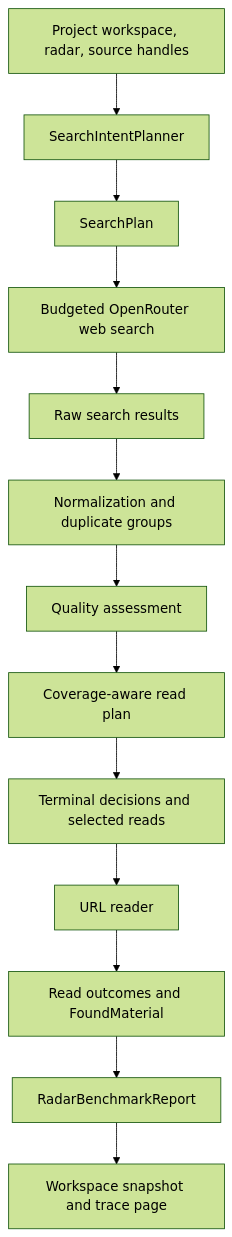
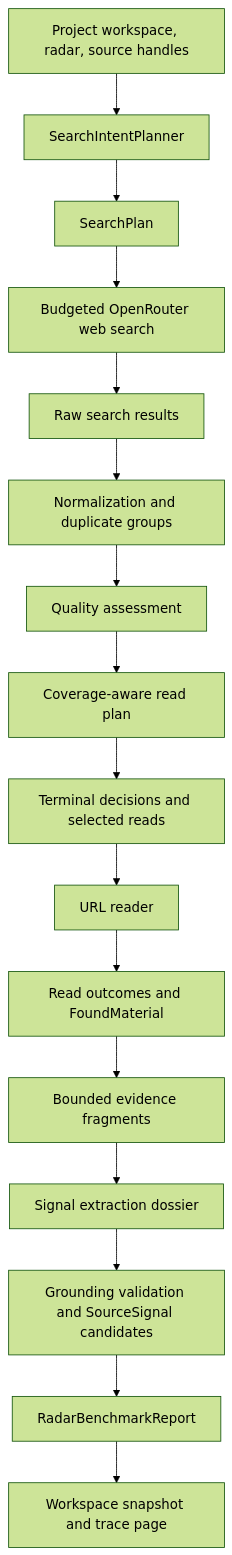
One commit to mudrezzz/glavred changed the diagram in docs/architecture/RADAR_RUN_PIPELINE_AS_IS.md. Above: the diagram before and after it, drawn with Mermaid (forest theme). The commit also changed other lines of this file and 107 other files, not shown here.

Commit message:
Implement signal extraction and workspace integrity recovery

````diff
--- a/docs/architecture/RADAR_RUN_PIPELINE_AS_IS.md
+++ b/docs/architecture/RADAR_RUN_PIPELINE_AS_IS.md
@@ -81,15 +83,18 @@
 ```mermaid
 flowchart TD
     A[Project workspace, radar, source handles] --> B[SearchIntentPlanner]
     B --> C[SearchPlan]
     C --> D[Budgeted OpenRouter web search]
     D --> E[Raw search results]
     E --> F[Normalization and duplicate groups]
     F --> G[Quality assessment]
     G --> H[Coverage-aware read plan]
     H --> I[Terminal decisions and selected reads]
     I --> J[URL reader]
     J --> K[Read outcomes and FoundMaterial]
-    K --> L[RadarBenchmarkReport]
-    L --> M[Workspace snapshot and trace page]
+    K --> L[Bounded evidence fragments]
+    L --> M[Signal extraction dossier]
+    M --> N[Grounding validation and SourceSignal candidates]
+    N --> O[RadarBenchmarkReport]
+    O --> P[Workspace snapshot and trace page]
 ```
````
